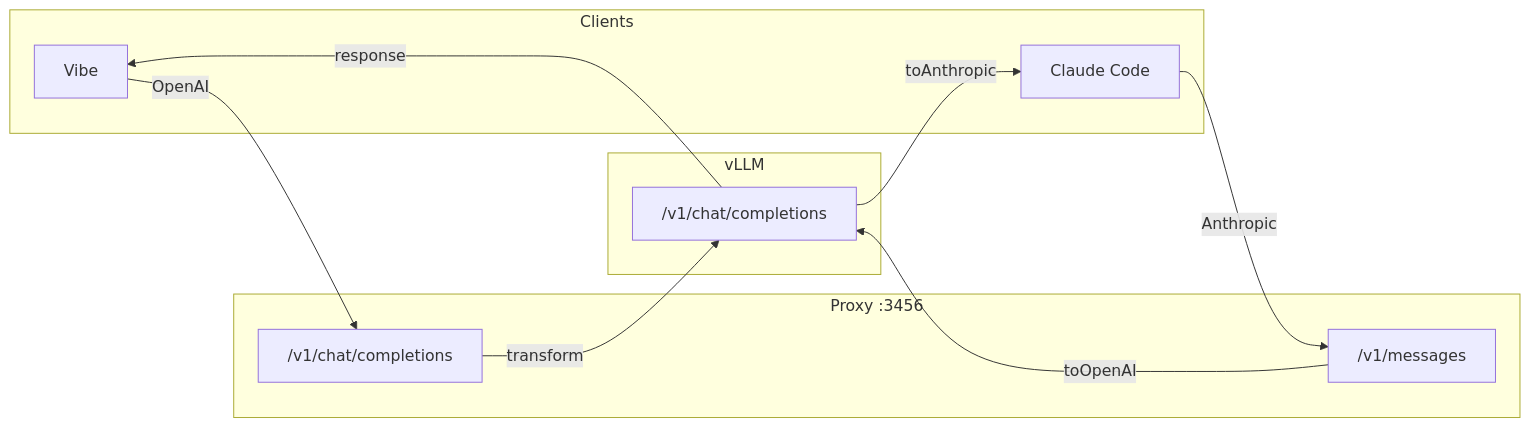
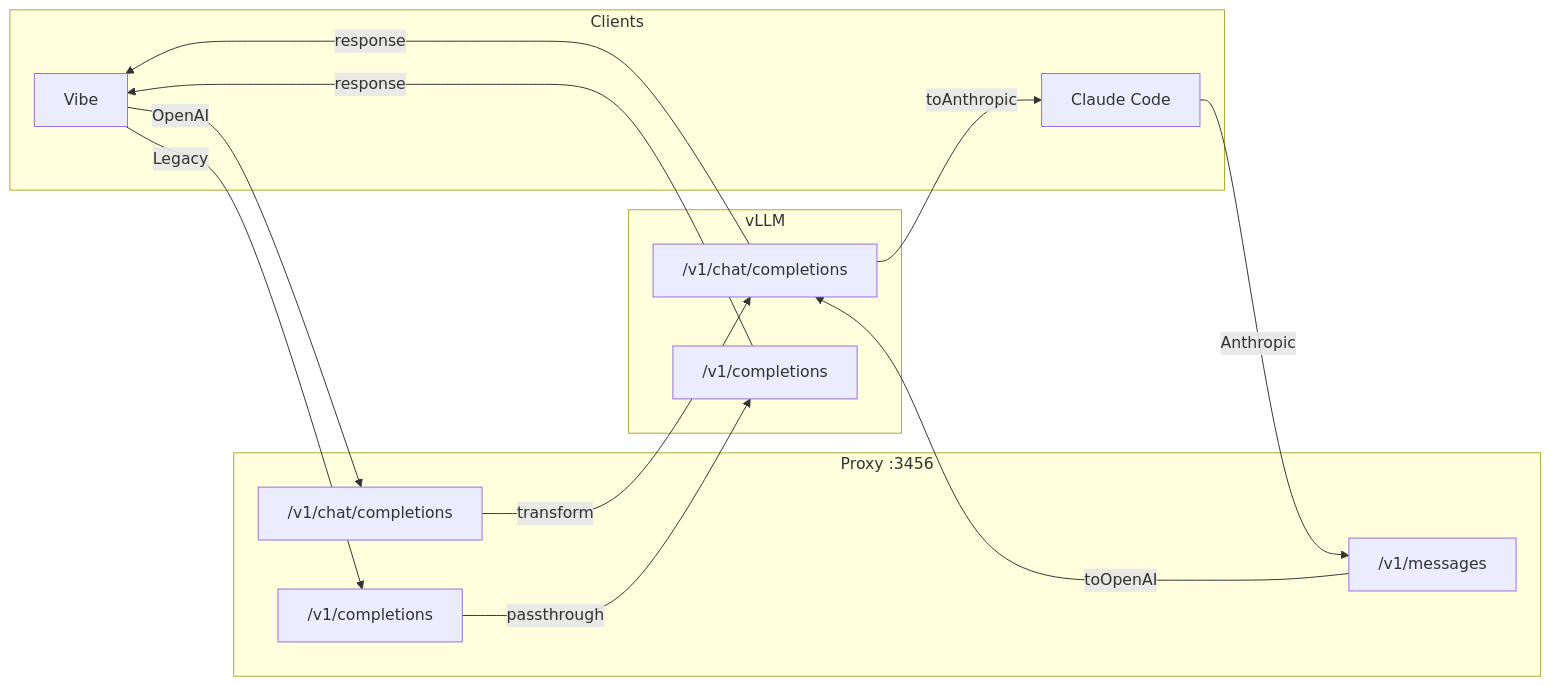
Before and after one commit to efortin/token-gate: the diagram in docs/architecture.md, drawn with Mermaid. The commit also changed other lines of this file and 5 other files, not shown here.

First line of the commit message:
refactor: pipeline architecture + docs vLLM

````diff
--- a/docs/architecture.md
+++ b/docs/architecture.md
@@ -13,24 +13,29 @@
 ```mermaid
 flowchart LR
     subgraph Clients
         VIBE[Vibe]
         CLAUDE[Claude Code]
     end
 
     subgraph "Proxy :3456"
         OAI["/v1/chat/completions"]
+        COMP["/v1/completions"]
         ANT["/v1/messages"]
     end
 
     subgraph vLLM
         VLLM["/v1/chat/completions"]
+        VLLMC["/v1/completions"]
     end
 
     VIBE -->|OpenAI| OAI
+    VIBE -->|Legacy| COMP
     OAI -->|transform| VLLM
+    COMP -->|passthrough| VLLMC
     VLLM -->|response| VIBE
+    VLLMC -->|response| VIBE
 
     CLAUDE -->|Anthropic| ANT
     ANT -->|toOpenAI| VLLM
     VLLM -->|toAnthropic| CLAUDE
 ```
````
